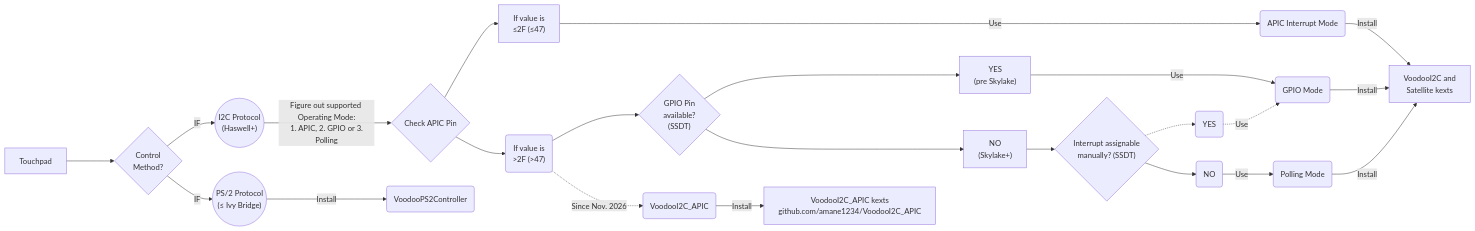
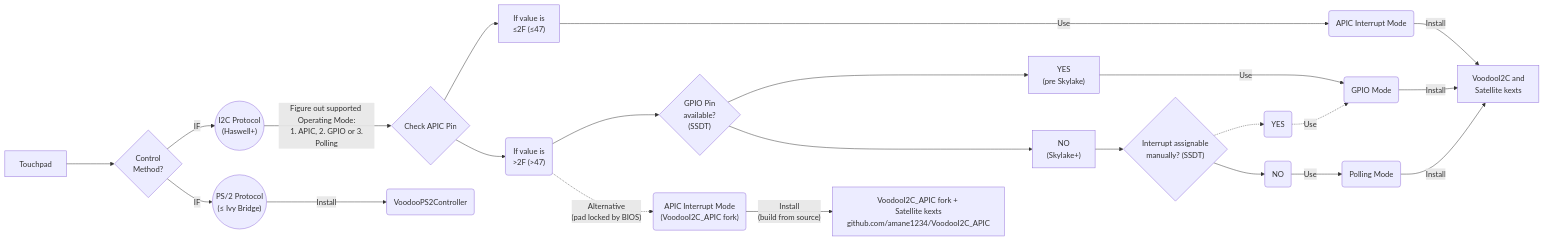
One commit to 5T33Z0/OC-Little-Translated changed the diagram in Content/05_Laptop-specific_Patches/Trackpad_Patches/README.md. Above: the diagram before and after it, drawn with Mermaid. The commit also changed other lines of this file, not shown here.

Commit message:
Revise VoodooI2C_APIC instructions in README
Updated README to reflect changes in VoodooI2C_APIC installation instructions and compatibility notes.

````diff
--- a/Content/05_Laptop-specific_Patches/Trackpad_Patches/README.md
+++ b/Content/05_Laptop-specific_Patches/Trackpad_Patches/README.md
@@ -224,14 +224,14 @@
 ```mermaid
 graph LR
     A[Touchpad] ---> B{"Control</br> Method?"}
     B -->|IF| C(("I2C Protocol</br>(Haswell+)"))
     B -->|IF| G(("PS/2 Protocol</br>(≤ Ivy Bridge)"))
     C --> |"Figure out supported Operating Mode:</br> 1. APIC, 2. GPIO or 3. Polling"|J{Check APIC Pin}
     J --> K["If value is </br>≤2F (≤47)"]------->|Use| D(APIC Interrupt Mode)-->|Install|L[VoodooI2C and </br>Satellite kexts]
     J --> M("If value is</br> >2F (>47)")-->O{"GPIO Pin </br>available? </br>(SSDT)"}
-    M -.->|Since Nov. 2026| V(VoodooI2C_APIC)-->|Install|W["VoodooI2C_APIC kexts</br>github.com/amane1234/VoodooI2C_APIC"]
+    M -.->|"Alternative</br>(pad locked by BIOS)"| V("APIC Interrupt Mode</br>(VoodooI2C_APIC fork)")-->|"Install</br>(build from source)"|W["VoodooI2C_APIC fork + </br>Satellite kexts</br>github.com/amane1234/VoodooI2C_APIC"]
     O --> P["YES</br>(pre Skylake)"]---->|Use|R(GPIO Mode)-->|Install|L
     O ---> Q["NO </br>(Skylake+)"]--> N{"Interrupt assignable</br> manually? (SSDT)"}-.->F(YES)-.->|Use|R
     N-->S(NO)-->|Use|T(Polling Mode)-->|Install|L
     G --> |Install|H(VoodooPS2Controller)
 ```    
````
